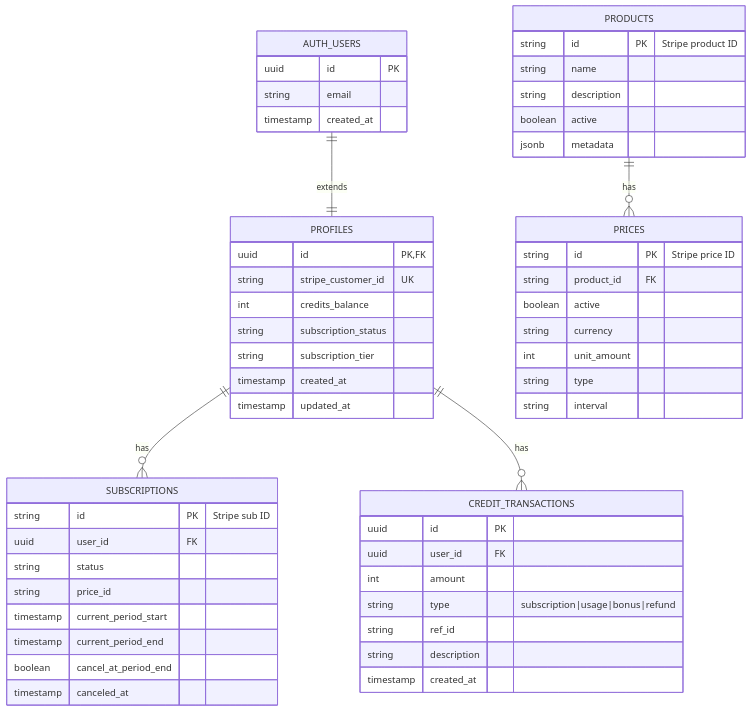
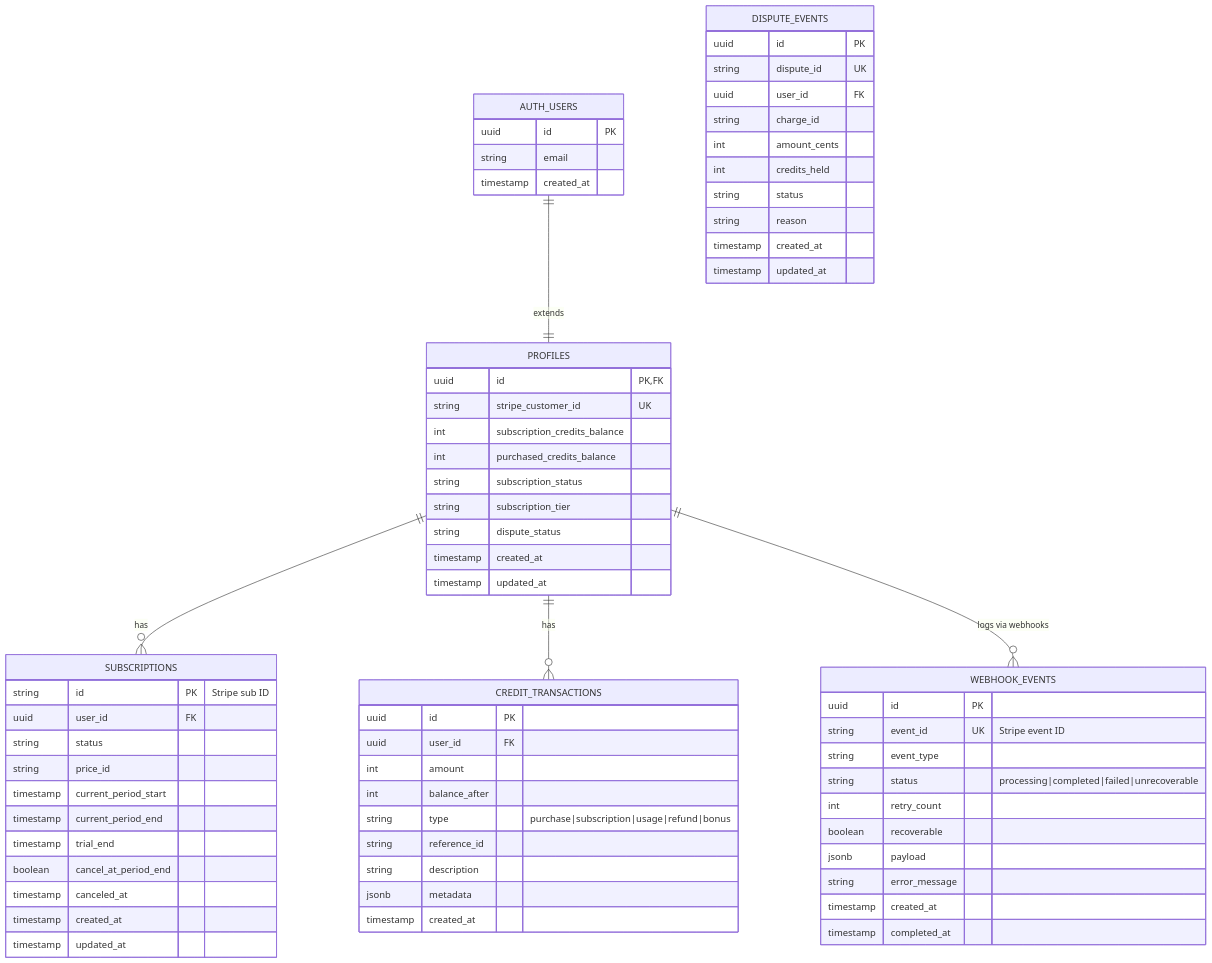
One commit to ColdstartLabs-ca/astro-saas-boilerplate changed the fourth of 7 diagrams in docs/technical/systems/subscription-system.md. Above: the diagram before and after it, drawn with Mermaid. The commit also changed other lines of this file and 8 other files, not shown here.

````diff
--- a/docs/technical/systems/subscription-system.md
+++ b/docs/technical/systems/subscription-system.md
@@ -256,62 +220,77 @@
 ```mermaid
 erDiagram
     AUTH_USERS ||--|| PROFILES : "extends"
     PROFILES ||--o{ SUBSCRIPTIONS : "has"
     PROFILES ||--o{ CREDIT_TRANSACTIONS : "has"
-    PRODUCTS ||--o{ PRICES : "has"
+    PROFILES ||--o{ WEBHOOK_EVENTS : "logs via webhooks"
 
     AUTH_USERS {
         uuid id PK
         string email
         timestamp created_at
     }
 
     PROFILES {
         uuid id PK,FK
         string stripe_customer_id UK
-        int credits_balance
+        int subscription_credits_balance
+        int purchased_credits_balance
         string subscription_status
         string subscription_tier
+        string dispute_status
         timestamp created_at
         timestamp updated_at
     }
 
     SUBSCRIPTIONS {
         string id PK "Stripe sub ID"
         uuid user_id FK
         string status
         string price_id
         timestamp current_period_start
         timestamp current_period_end
+        timestamp trial_end
         boolean cancel_at_period_end
         timestamp canceled_at
+        timestamp created_at
+        timestamp updated_at
     }
 
     CREDIT_TRANSACTIONS {
         uuid id PK
         uuid user_id FK
         int amount
-        string type "subscription|usage|bonus|refund"
-        string ref_id
+        int balance_after
+        string type "purchase|subscription|usage|refund|bonus"
+        string reference_id
         string description
+        jsonb metadata
         timestamp created_at
     }
 
-    PRODUCTS {
-        string id PK "Stripe product ID"
-        string name
-        string description
-        boolean active
-        jsonb metadata
+    WEBHOOK_EVENTS {
+        uuid id PK
+        string event_id UK "Stripe event ID"
+        string event_type
+        string status "processing|completed|failed|unrecoverable"
+        int retry_count
+        boolean recoverable
+        jsonb payload
+        string error_message
+        timestamp created_at
+        timestamp completed_at
     }
 
-    PRICES {
-        string id PK "Stripe price ID"
-        string product_id FK
-        boolean active
-        string currency
-        int unit_amount
-        string type
-        string interval
+    DISPUTE_EVENTS {
+        uuid id PK
+        string dispute_id UK
+        uuid user_id FK
+        string charge_id
+        int amount_cents
+        int credits_held
+        string status
+        string reason
+        timestamp created_at
+        timestamp updated_at
     }
 ```
````
